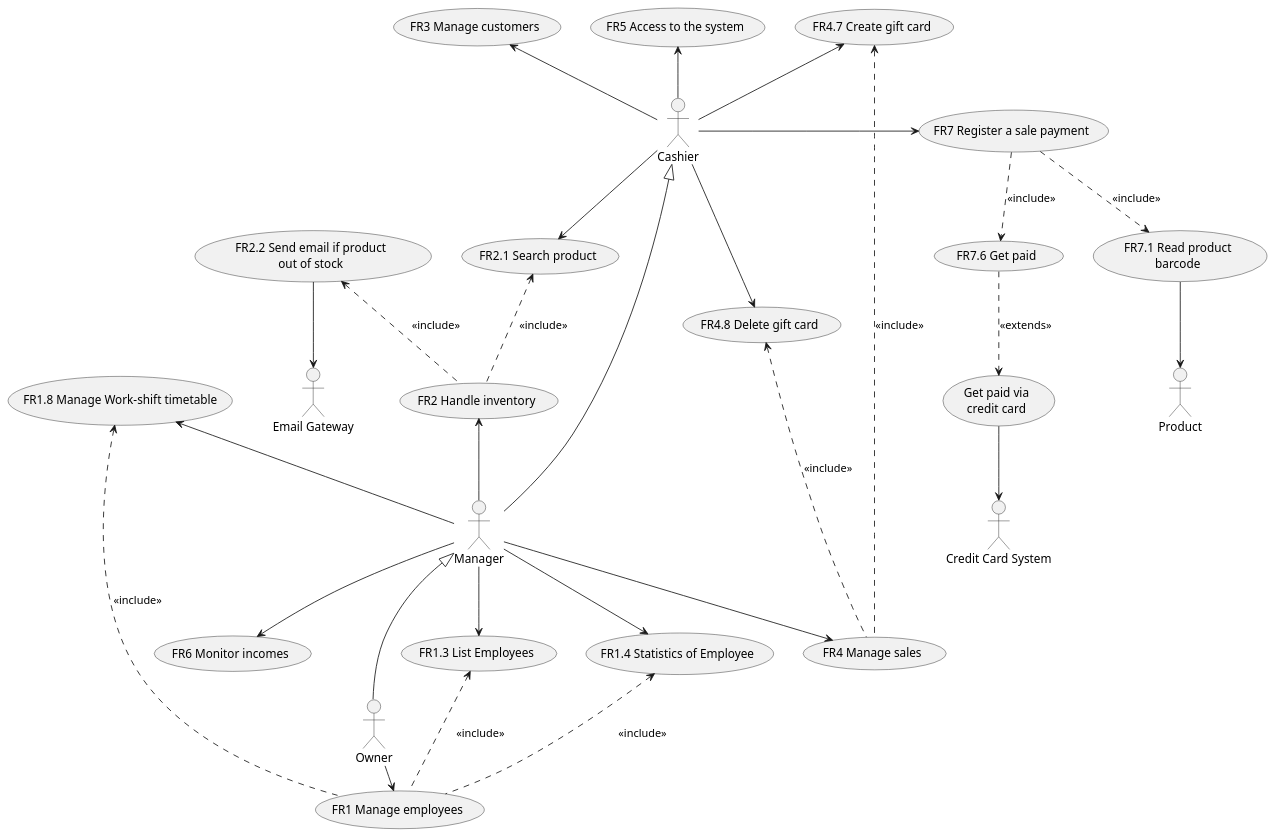
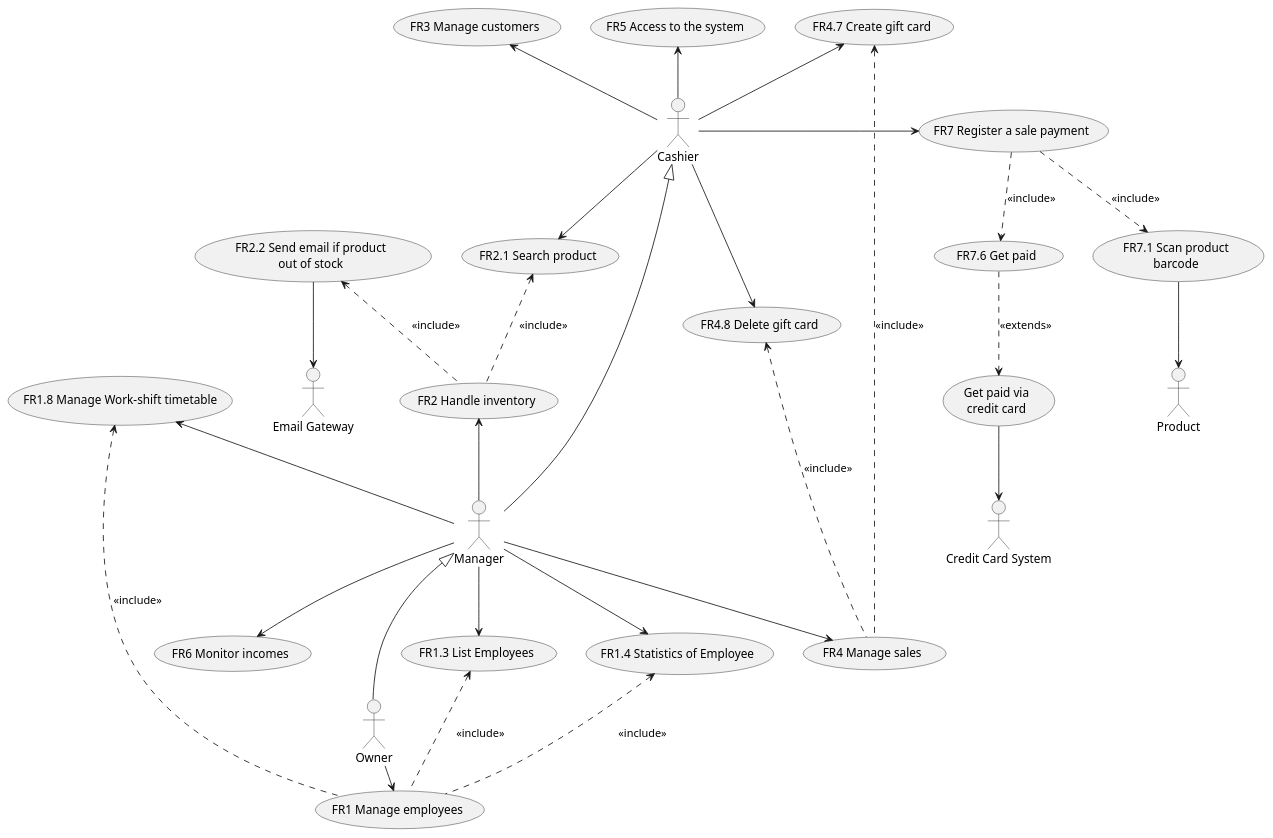
Before and after one commit to MatteoBattilana/EzShop: the second of 9 diagrams in Deliverables/RequirementsDocument.md, drawn with PlantUML. The commit also changed other lines of this file, not shown here.

````diff
--- a/Deliverables/RequirementsDocument.md
+++ b/Deliverables/RequirementsDocument.md
@@ -221,61 +222,61 @@
 ```plantuml
 @startuml
 	usecase "FR1 Manage employees" as UC2
 	usecase "FR1.3 List Employees" as UC2.3
 	usecase "FR1.4 Statistics of Employee" as UC2.4
 	usecase "FR1.8 Manage Work-shift timetable" as UC2.7
 	UC2.3 <.. UC2: <<include>>
 	UC2.4 <.. UC2: <<include>>
 	UC2.7 <.. UC2: <<include>>
 
 	usecase "FR2 Handle inventory" as UC3
 	usecase "FR2.1 Search product" as UC3.1
 	usecase "FR2.2 Send email if product\nout of stock" as UC3.2
 	UC3.2 <.. UC3: <<include>>
 	UC3.1 <.. UC3: <<include>>
 
 	usecase "FR5 Access to the system" as UC4
 
 	usecase "FR3 Manage customers" as UC5
 	usecase "FR6 Monitor incomes" as UC6
 
 	usecase "FR4 Manage sales" as UC8
   usecase "FR4.7 Create gift card" as UC8.4
   usecase "FR4.8 Delete gift card" as UC8.5
 	UC8.4 <.. UC8: <<include>>
 	UC8.5 <.. UC8: <<include>>
 
   usecase "FR7 Register a sale payment" as UC7
   usecase "FR7.6 Get paid" as UC7.8
   usecase "Get paid via\ncredit card" as UC7.8.1
-  usecase "FR7.1 Read product\nbarcode" as UC7.1
+  usecase "FR7.1 Scan product\nbarcode" as UC7.1
   UC7.8.1 <.up. UC7.8: <<extends>>
   UC7.8 <.up. UC7: <<include>>
   UC7.1 <.up. UC7: <<include>>
 
 
 Cashier <|-down- Manager
 Manager <|-down- Owner
 Product <-up- UC7.1
 :Credit Card System: <-up- UC7.8.1
 
 Owner -right-> UC2
 
 Manager --> UC2.3
 Manager --> UC2.4
 Manager -up-> UC2.7
 Manager -up-> UC3
 Manager --> UC6
 Manager --> UC8
 
 Cashier --> UC3.1
 Cashier -up-> UC4
 Cashier -up-> UC8.4
 Cashier --> UC8.5
 Cashier -right-> UC7
 Cashier -up-> UC5
 
 
 :Email Gateway: <-up- UC3.2
 @enduml
 ```
````
